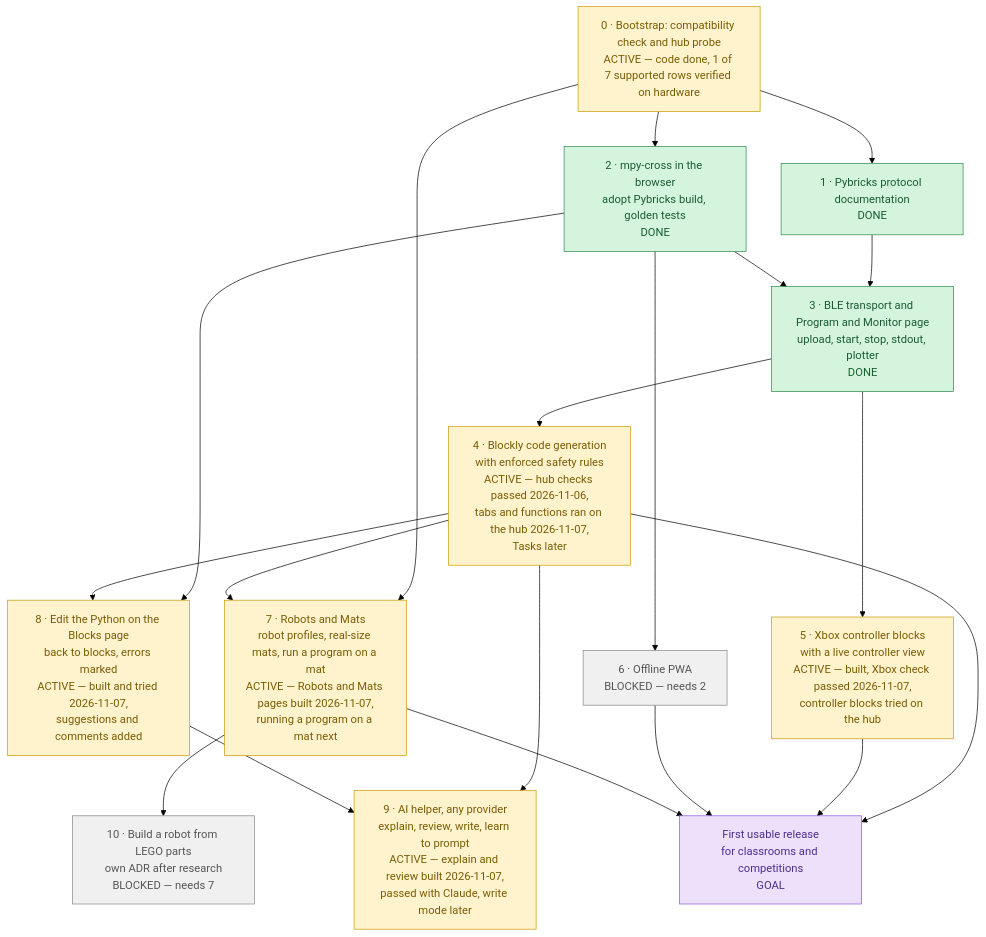
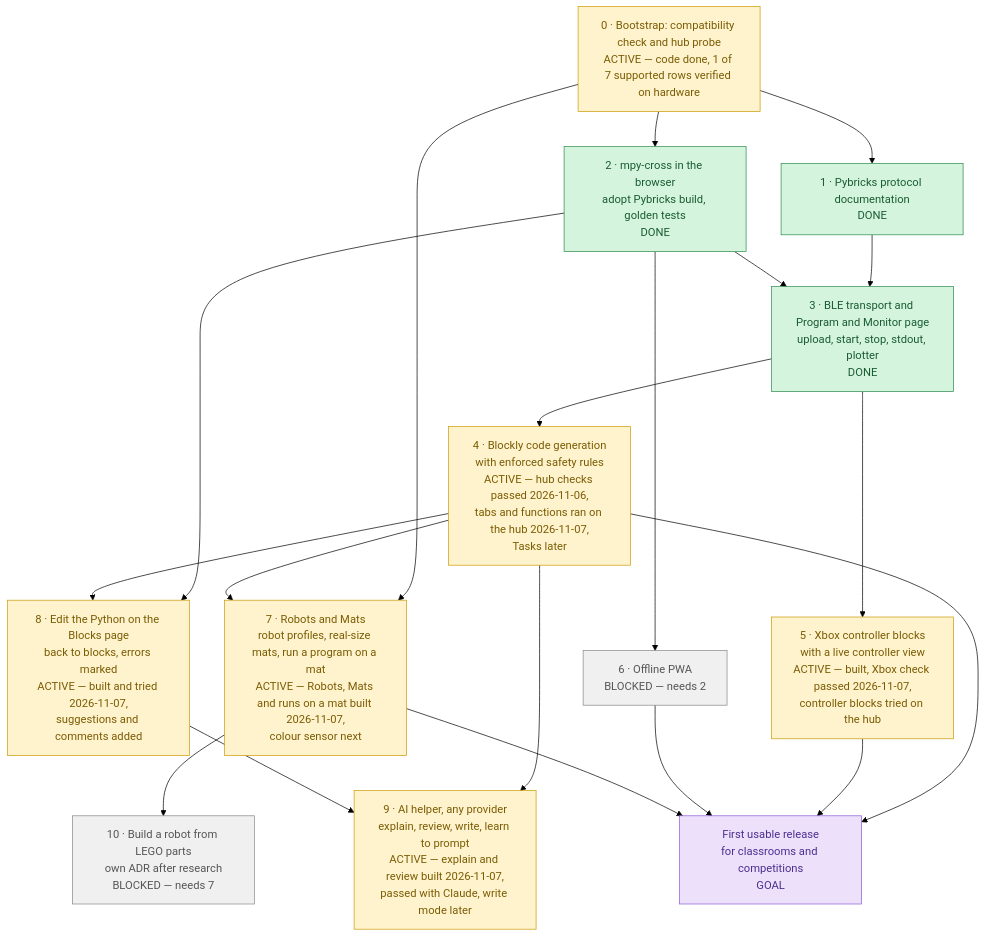
The diagram in docs/roadmap.md (lumduan/matpilot), drawn with Mermaid (forest theme) before and after one commit. The commit also changed other lines of this file and 31 other files, not shown here.

````diff
--- a/docs/roadmap.md
+++ b/docs/roadmap.md
@@ -10,49 +10,49 @@
 ```mermaid
 flowchart TD
     M0["0 · Bootstrap: compatibility check and hub probe<br/>ACTIVE — code done, 1 of 7 supported rows verified on hardware"]
     M1["1 · Pybricks protocol documentation<br/>DONE"]
     M2["2 · mpy-cross in the browser<br/>adopt Pybricks build, golden tests<br/>DONE"]
     M3["3 · BLE transport and Program and Monitor page<br/>upload, start, stop, stdout, plotter<br/>DONE"]
     M4["4 · Blockly code generation<br/>with enforced safety rules<br/>ACTIVE — hub checks passed 2026-11-06,<br/>tabs and functions ran on the hub 2026-11-07,<br/>Tasks later"]
     M5["5 · Xbox controller blocks<br/>with a live controller view<br/>ACTIVE — built, Xbox check passed 2026-11-07,<br/>controller blocks tried on the hub"]
     M6["6 · Offline PWA<br/>BLOCKED — needs 2"]
-    M7["7 · Robots and Mats<br/>robot profiles, real-size mats, run a program on a mat<br/>ACTIVE — Robots and Mats pages built 2026-11-07,<br/>running a program on a mat next"]
+    M7["7 · Robots and Mats<br/>robot profiles, real-size mats, run a program on a mat<br/>ACTIVE — Robots, Mats and runs on a mat built 2026-11-07,<br/>colour sensor next"]
     M10["10 · Build a robot from LEGO parts<br/>own ADR after research<br/>BLOCKED — needs 7"]
     M8["8 · Edit the Python on the Blocks page<br/>back to blocks, errors marked<br/>ACTIVE — built and tried 2026-11-07,<br/>suggestions and comments added"]
     M9["9 · AI helper, any provider<br/>explain, review, write, learn to prompt<br/>ACTIVE — explain and review built 2026-11-07,<br/>passed with Claude, write mode later"]
     GOAL["First usable release<br/>for classrooms and competitions<br/>GOAL"]
 
     M0 --> M1
     M0 --> M2
     M0 --> M7
     M4 --> M7
     M7 --> M10
     M1 --> M3
     M2 --> M3
     M3 --> M4
     M3 --> M5
     M2 --> M6
     M4 --> GOAL
     M5 --> GOAL
     M6 --> GOAL
     M7 --> GOAL
     M2 --> M8
     M4 --> M8
     M4 --> M9
     M8 --> M9
 
     classDef done     fill:#d4f4dd,stroke:#2d8a4e,color:#1a5c33
     classDef active   fill:#fff3cd,stroke:#cc9a06,color:#7a5c04
     classDef ready    fill:#d6e9ff,stroke:#3b7dd8,color:#1e4d8f
     classDef blocked  fill:#f0f0f0,stroke:#888,color:#555
     classDef goal     fill:#ede0fb,stroke:#8a5cd8,color:#4d2e8f
     classDef decision fill:#fde0e0,stroke:#d05555,color:#8f2e2e
 
     class M0,M4,M5 active
     class M1,M2,M3 done
     class M7 active
     class M6,M10 blocked
     class GOAL goal
     class M8 active
     class M9 active
 ```
````
